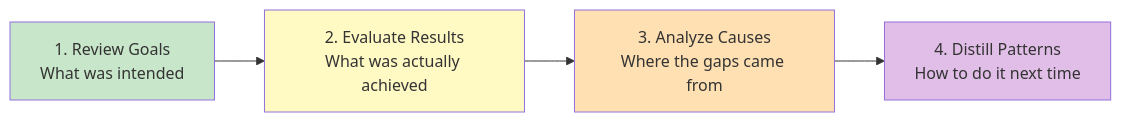
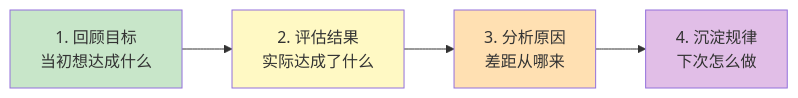
Before and after one commit to Kirky-X/cangjie: the first of 3 diagrams in templates/Product/Retirement/Template-Retrospective.md, drawn with Mermaid. The commit also changed other lines of this file and 33 other files, not shown here.

````diff
--- a/templates/Product/Retirement/Template-Retrospective.md
+++ b/templates/Product/Retirement/Template-Retrospective.md
@@ -35,10 +35,10 @@
 ```mermaid
 flowchart LR
-    A[1. Review Goals<br/>What was intended] --> B[2. Evaluate Results<br/>What was actually achieved]
-    B --> C[3. Analyze Causes<br/>Where the gaps came from]
-    C --> D[4. Distill Patterns<br/>How to do it next time]
+    A[1. 回顾目标<br/>当初想达成什么] --> B[2. 评估结果<br/>实际达成了什么]
+    B --> C[3. 分析原因<br/>差距从哪来]
+    C --> D[4. 沉淀规律<br/>下次怎么做]
     style A fill:#c8e6c9
     style B fill:#fff9c4
     style C fill:#ffe0b2
     style D fill:#e1bee7
 ```
````
